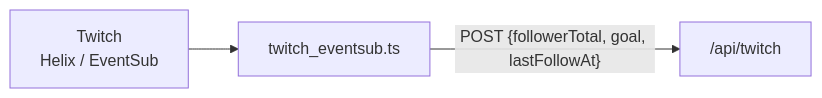
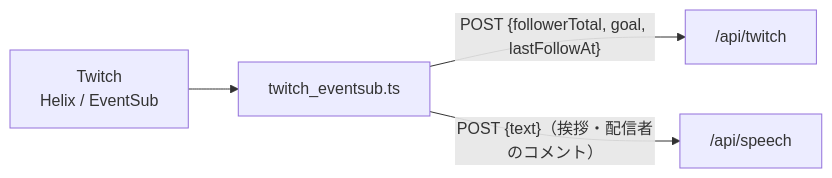
One commit to eddie-splatoon/splatoon-point-counter changed the third of 3 diagrams in README.md. Above: the diagram before and after it, drawn with Mermaid. The commit also changed other lines of this file and 5 other files, not shown here.

````diff
--- a/README.md
+++ b/README.md
@@ -102,5 +104,6 @@
 ```mermaid
 flowchart LR
     TW["Twitch<br/>Helix / EventSub"] --> SCR["twitch_eventsub.ts"]
     SCR -- "POST {followerTotal, goal, lastFollowAt}" --> API["/api/twitch"]
+    SCR -- "POST {text}（挨拶・配信者のコメント）" --> SP["/api/speech"]
 ```
````
